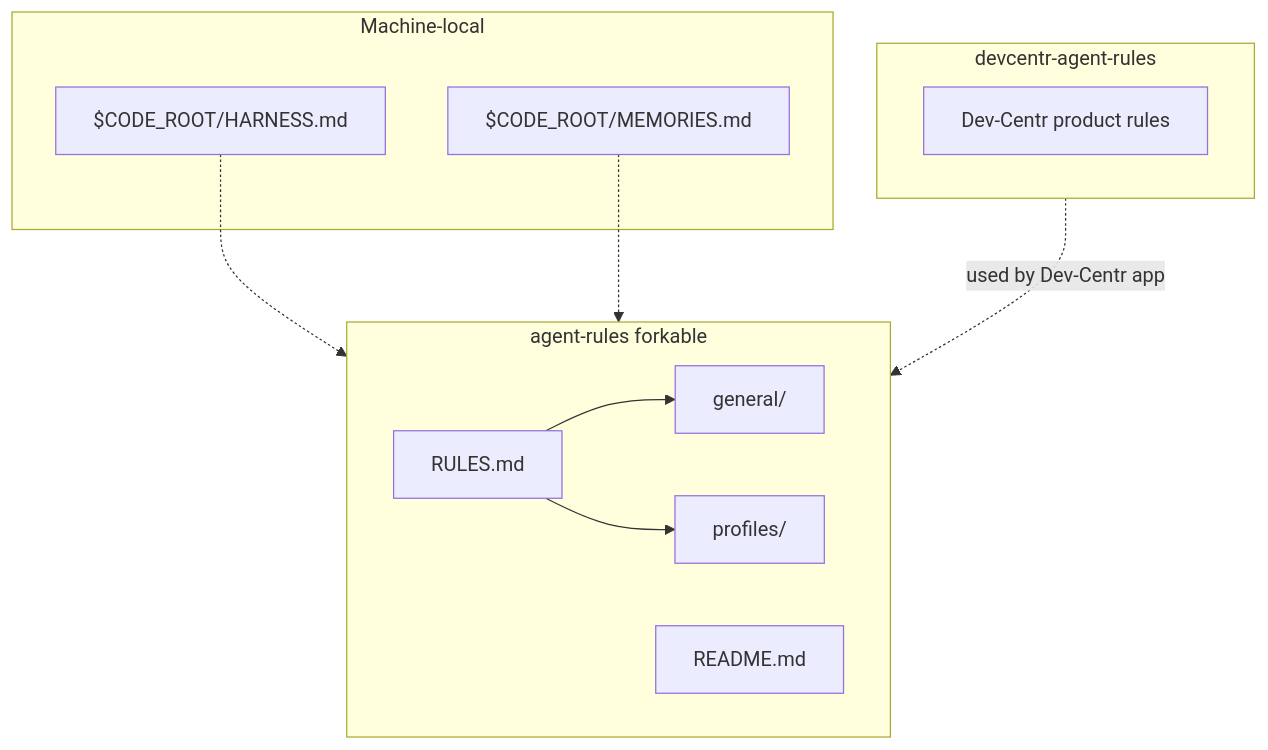
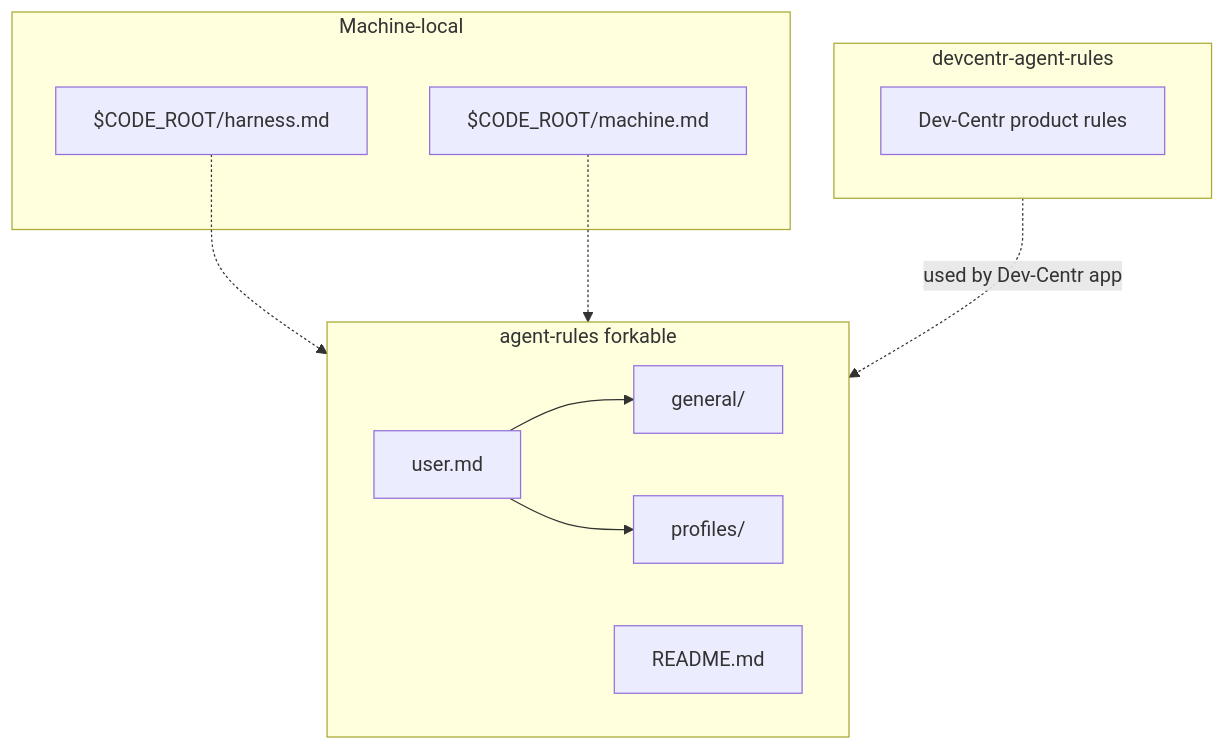
Before and after one commit to dev-centr/agent-rules: the diagram in README.md, drawn with Mermaid. The commit also changed other lines of this file and 36 other files, not shown here.

First line of the commit message:
Rename layers to user.md, harness.md, machine.md.

````diff
--- a/README.md
+++ b/README.md
@@ -50,21 +50,21 @@
 ```mermaid
 flowchart TB
   subgraph forkable [agent-rules forkable]
     G[general/]
     P[profiles/]
-    R[RULES.md]
+    R[user.md]
     M[README.md]
   end
   subgraph machine [Machine-local]
-    H["$CODE_ROOT/HARNESS.md"]
-    MEM["$CODE_ROOT/MEMORIES.md"]
+    H["$CODE_ROOT/harness.md"]
+    MEM["$CODE_ROOT/machine.md"]
   end
   subgraph product [devcentr-agent-rules]
     X[Dev-Centr product rules]
   end
   R --> G
   R --> P
   H -.-> forkable
   MEM -.-> forkable
   product -.->|used by Dev-Centr app| forkable
 ```
````
